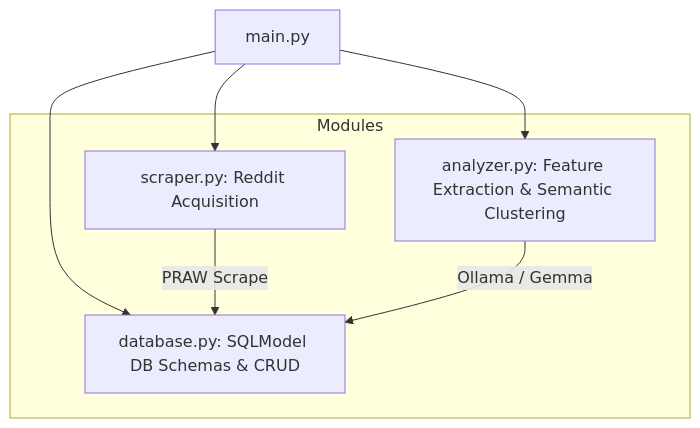
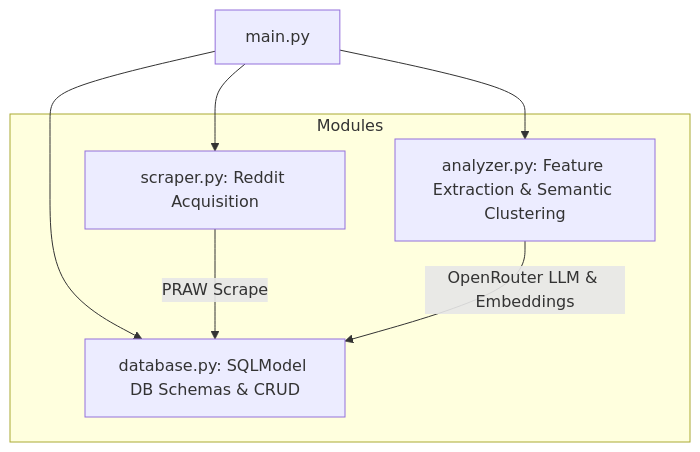
One commit to donngas/IFLS807-audience-reception-analysis changed the first of 2 diagrams in README.md. Above: the diagram before and after it, drawn with Mermaid. The commit also changed other lines of this file, not shown here.

````diff
--- a/README.md
+++ b/README.md
@@ -16,15 +16,15 @@
 ```mermaid
 graph TD
 A[main.py] --> B[database.py]
 A --> C[scraper.py]
 A --> D[analyzer.py]
 
 C -->|PRAW Scrape| B[(SQLite DB)]
-D -->|Ollama / Gemma| B
+D -->|OpenRouter LLM & Embeddings| B
 
 subgraph Modules
 C[scraper.py: Reddit Acquisition]
 D[analyzer.py: Feature Extraction & Semantic Clustering]
 B[database.py: SQLModel DB Schemas & CRUD]
 end
 ```
````
